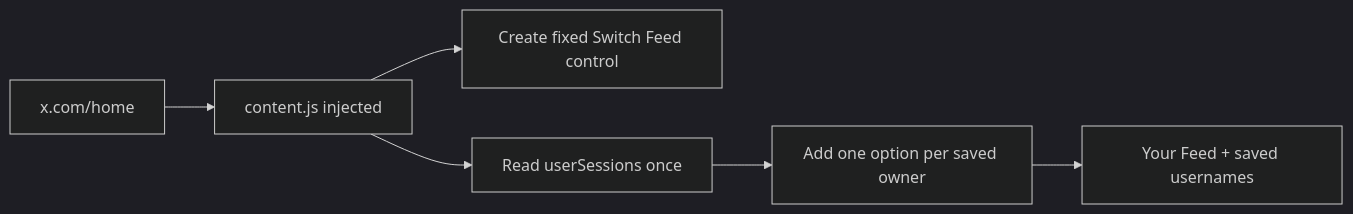
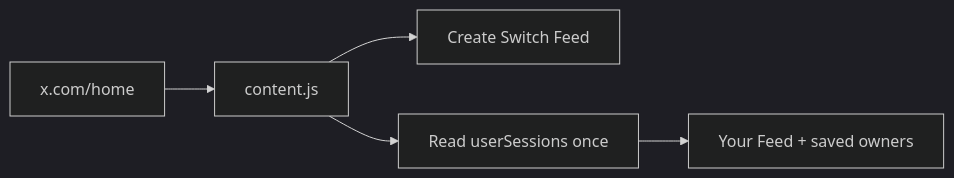
One commit to SidheshwarSarangal/X_feed_extension changed the sixth of 10 diagrams in docs/workflows-and-api.md. Above: the diagram before and after it, drawn with Mermaid (dark theme). The commit also changed other lines of this file and 8 other files, not shown here.

````diff
--- a/docs/workflows-and-api.md
+++ b/docs/workflows-and-api.md
@@ -185,8 +207,7 @@
 ```mermaid
 flowchart LR
-    URL[x.com/home] --> Script[content.js injected]
-    Script --> Control[Create fixed Switch Feed control]
-    Script --> Store[Read userSessions once]
-    Store --> Options[Add one option per saved owner]
-    Options --> Menu[Your Feed + saved usernames]
+    Home[x.com/home] --> Content[content.js]
+    Content --> Control[Create Switch Feed]
+    Content --> Store[Read userSessions once]
+    Store --> Options[Your Feed + saved owners]
 ```
````
